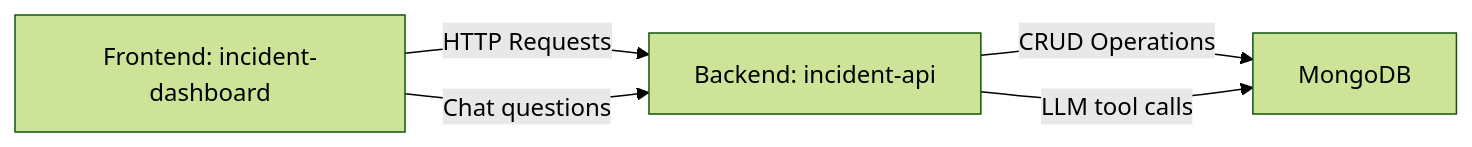
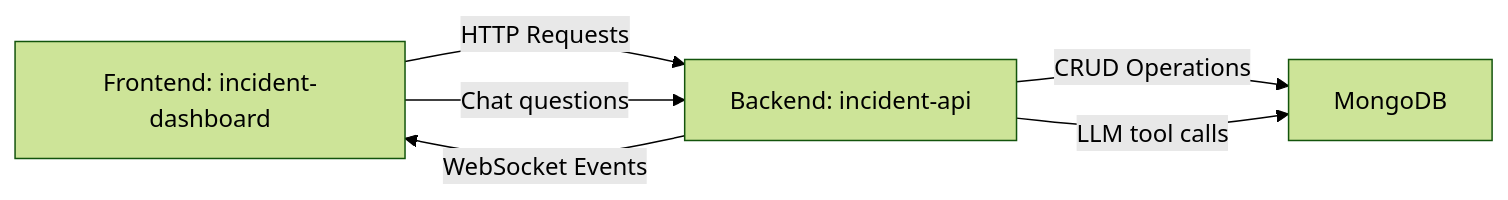
One commit to JackDev21/incident-dashboard changed the diagram in README.md. Above: the diagram before and after it, drawn with Mermaid (forest theme). The commit also changed other lines of this file and 2 other files, not shown here.

Commit message:
docs: update READMEs with new features (Zod, Socket.io, Helmet, Rate Limiting, Create Incident via Chat)

````diff
--- a/README.md
+++ b/README.md
@@ -61,7 +64,8 @@
 ```mermaid
 graph LR
-  A[Frontend: incident-dashboard] -->|HTTP Requests| B[Backend: incident-api]
+    A[Frontend: incident-dashboard] -->|HTTP Requests| B[Backend: incident-api]
   B -->|CRUD Operations| C[MongoDB]
   A -->|Chat questions| B
   B -->|LLM tool calls| C
+  B -->|WebSocket Events| A
 ```
````
